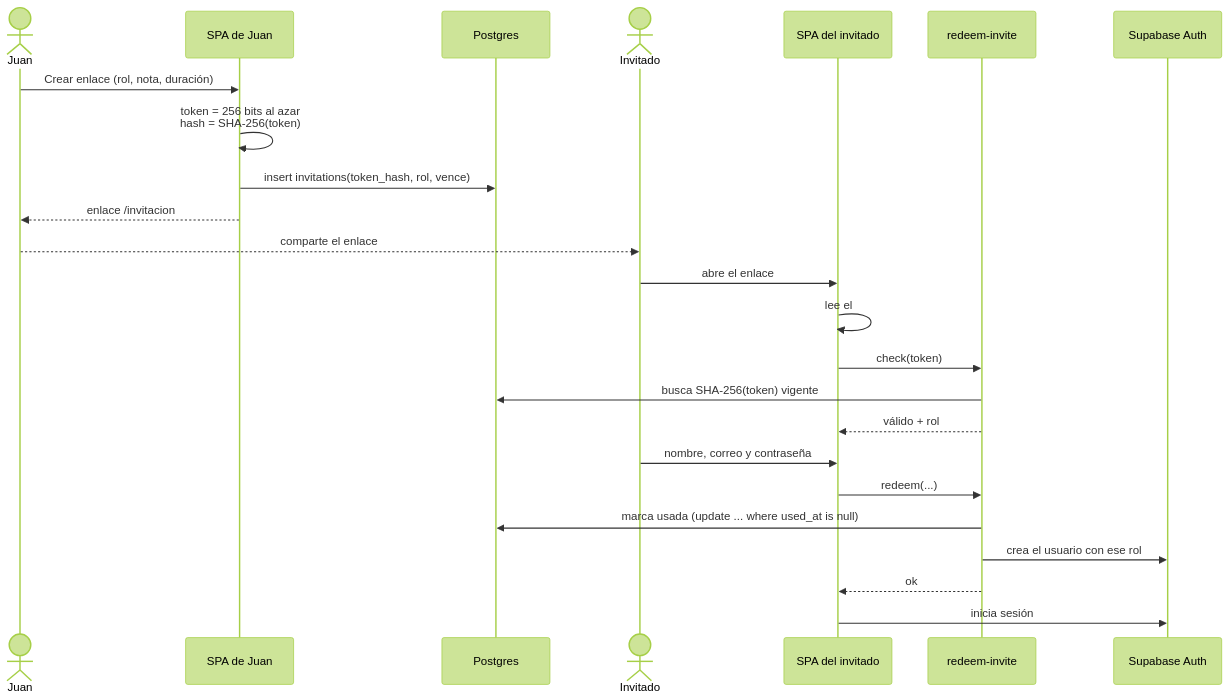
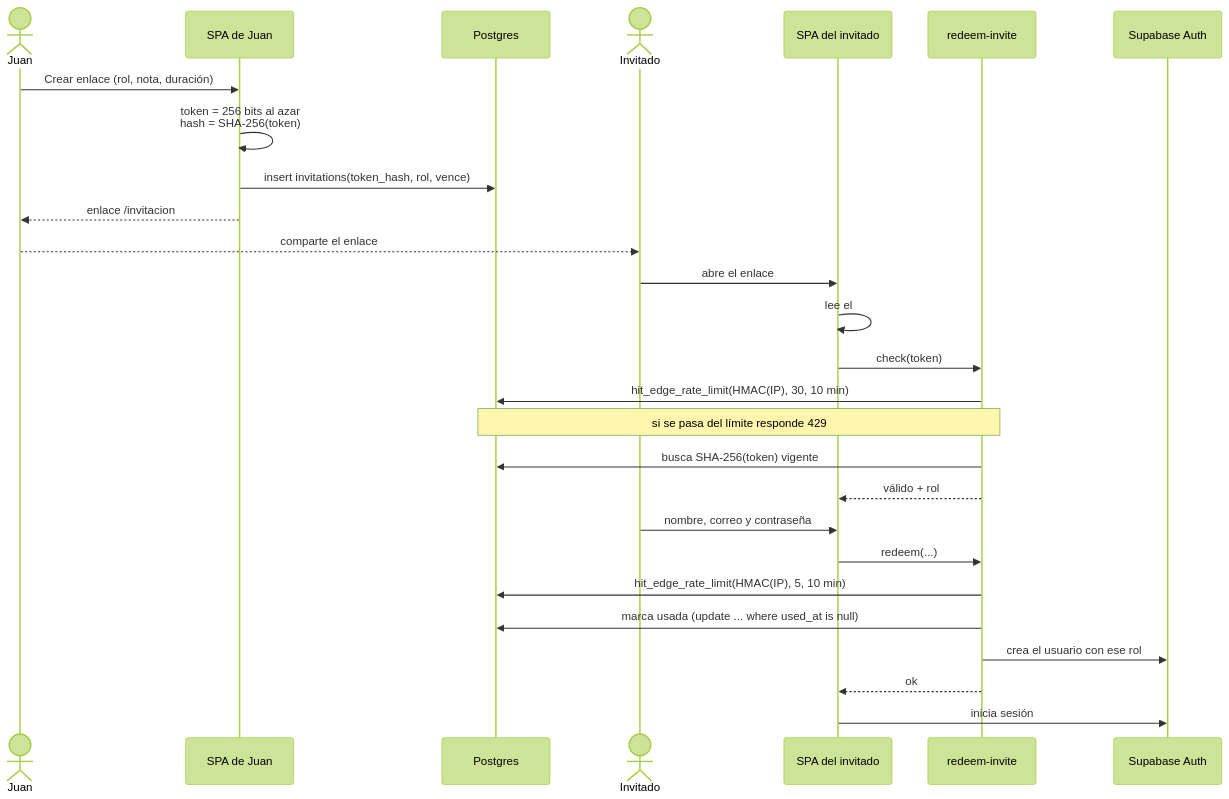
Before and after one commit to Juan-Carlos-Estevez-Vargas/Camila-Sanchez: the fifth of 41 diagrams in docs/DIAGRAMAS.md, drawn with Mermaid (forest theme). The commit also changed other lines of this file and 19 other files, not shown here.

````diff
--- a/docs/DIAGRAMAS.md
+++ b/docs/DIAGRAMAS.md
@@ -130,27 +131,30 @@
 ```mermaid
 sequenceDiagram
   actor J as Juan
   participant App as SPA de Juan
   participant DB as Postgres
   actor I as Invitado
   participant App2 as SPA del invitado
   participant RI as redeem-invite
   participant Auth as Supabase Auth
 
   J->>App: Crear enlace (rol, nota, duración)
   App->>App: token = 256 bits al azar<br/>hash = SHA-256(token)
   App->>DB: insert invitations(token_hash, rol, vence)
   App-->>J: enlace /invitacion#token y QR
   J-->>I: comparte el enlace
   I->>App2: abre el enlace
   App2->>App2: lee el #fragmento y lo borra de la barra
   App2->>RI: check(token)
+  RI->>DB: hit_edge_rate_limit(HMAC(IP), 30, 10 min)
+  Note over RI,DB: si se pasa del límite responde 429
   RI->>DB: busca SHA-256(token) vigente
   RI-->>App2: válido + rol
   I->>App2: nombre, correo y contraseña
   App2->>RI: redeem(...)
+  RI->>DB: hit_edge_rate_limit(HMAC(IP), 5, 10 min)
   RI->>DB: marca usada (update ... where used_at is null)
   RI->>Auth: crea el usuario con ese rol
   RI-->>App2: ok
   App2->>Auth: inicia sesión
 ```
````
